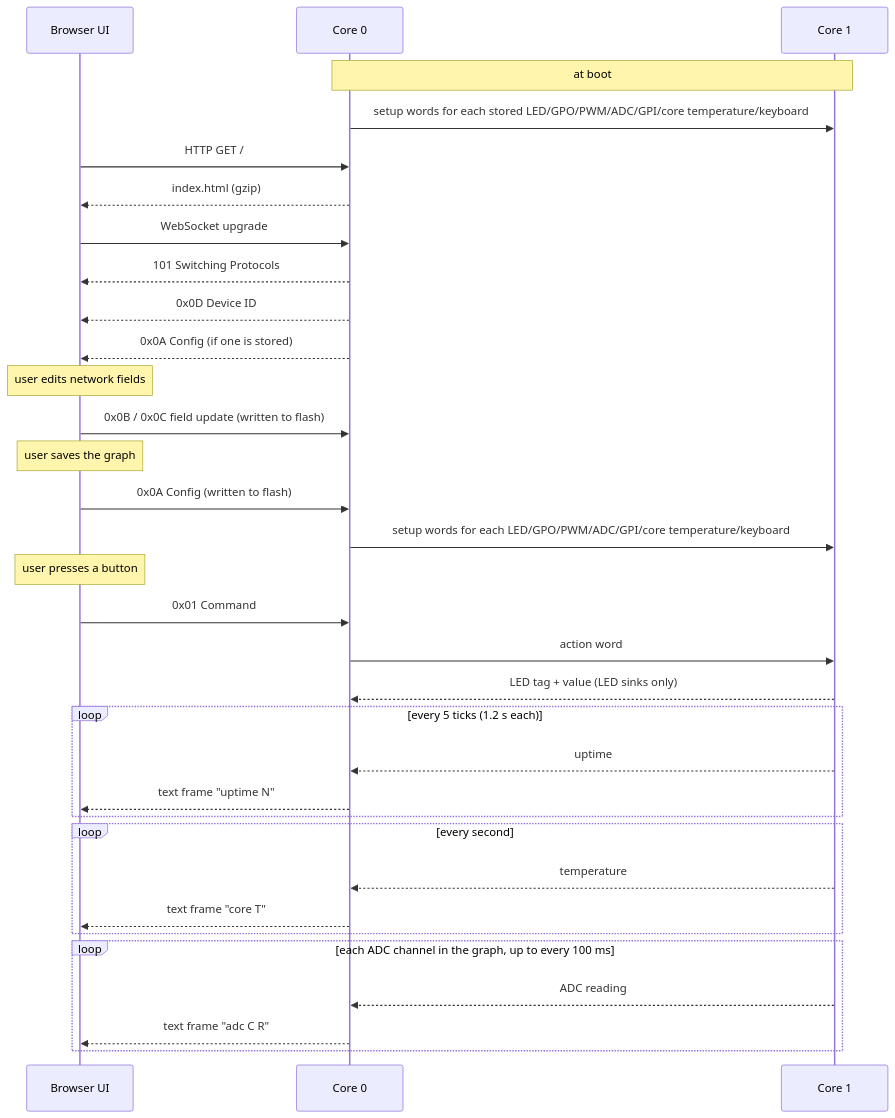
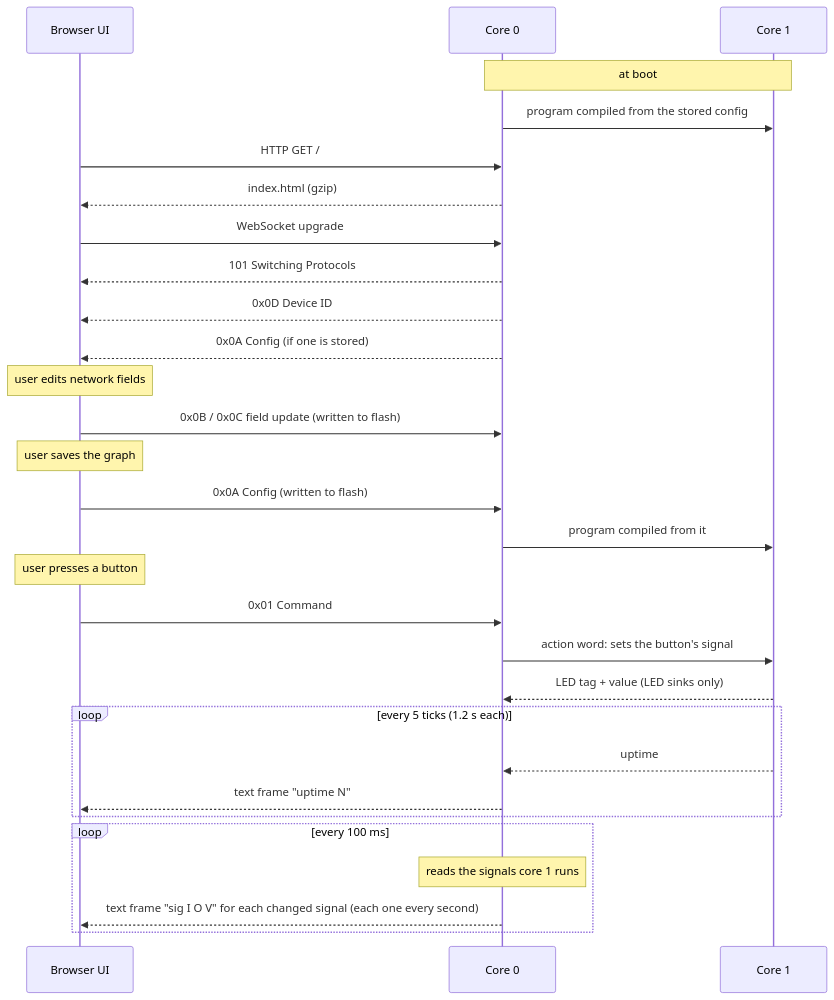
The second of 5 diagrams in PROTOCOL.md (anroleroux/neograph), drawn with Mermaid before and after one commit. The commit also changed other lines of this file and 16 other files, not shown here.

````diff
--- a/PROTOCOL.md
+++ b/PROTOCOL.md
@@ -56,35 +56,31 @@
 ```mermaid
 sequenceDiagram
     participant UI as Browser UI
     participant C0 as Core 0
     participant C1 as Core 1
     Note over C0,C1: at boot
-    C0->>C1: setup words for each stored LED/GPO/PWM/ADC/GPI/core temperature/keyboard
+    C0->>C1: program compiled from the stored config
     UI->>C0: HTTP GET /
     C0-->>UI: index.html (gzip)
     UI->>C0: WebSocket upgrade
     C0-->>UI: 101 Switching Protocols
     C0-->>UI: 0x0D Device ID
     C0-->>UI: 0x0A Config (if one is stored)
     Note over UI: user edits network fields
     UI->>C0: 0x0B / 0x0C field update (written to flash)
     Note over UI: user saves the graph
     UI->>C0: 0x0A Config (written to flash)
-    C0->>C1: setup words for each LED/GPO/PWM/ADC/GPI/core temperature/keyboard
+    C0->>C1: program compiled from it
     Note over UI: user presses a button
     UI->>C0: 0x01 Command
-    C0->>C1: action word
+    C0->>C1: action word: sets the button's signal
     C1-->>C0: LED tag + value (LED sinks only)
     loop every 5 ticks (1.2 s each)
         C1-->>C0: uptime
         C0-->>UI: text frame "uptime N"
     end
-    loop every second
-        C1-->>C0: temperature
-        C0-->>UI: text frame "core T"
-    end
-    loop each ADC channel in the graph, up to every 100 ms
-        C1-->>C0: ADC reading
-        C0-->>UI: text frame "adc C R"
+    loop every 100 ms
+        Note over C0: reads the signals core 1 runs
+        C0-->>UI: text frame "sig I O V" for each changed signal (each one every second)
     end
 ```
````
